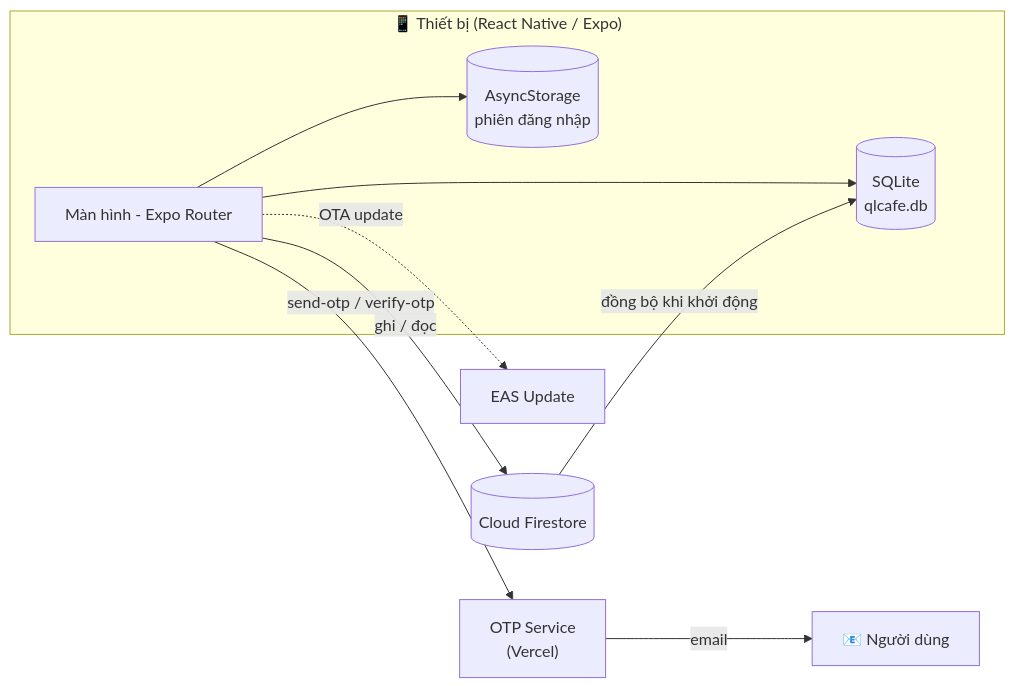
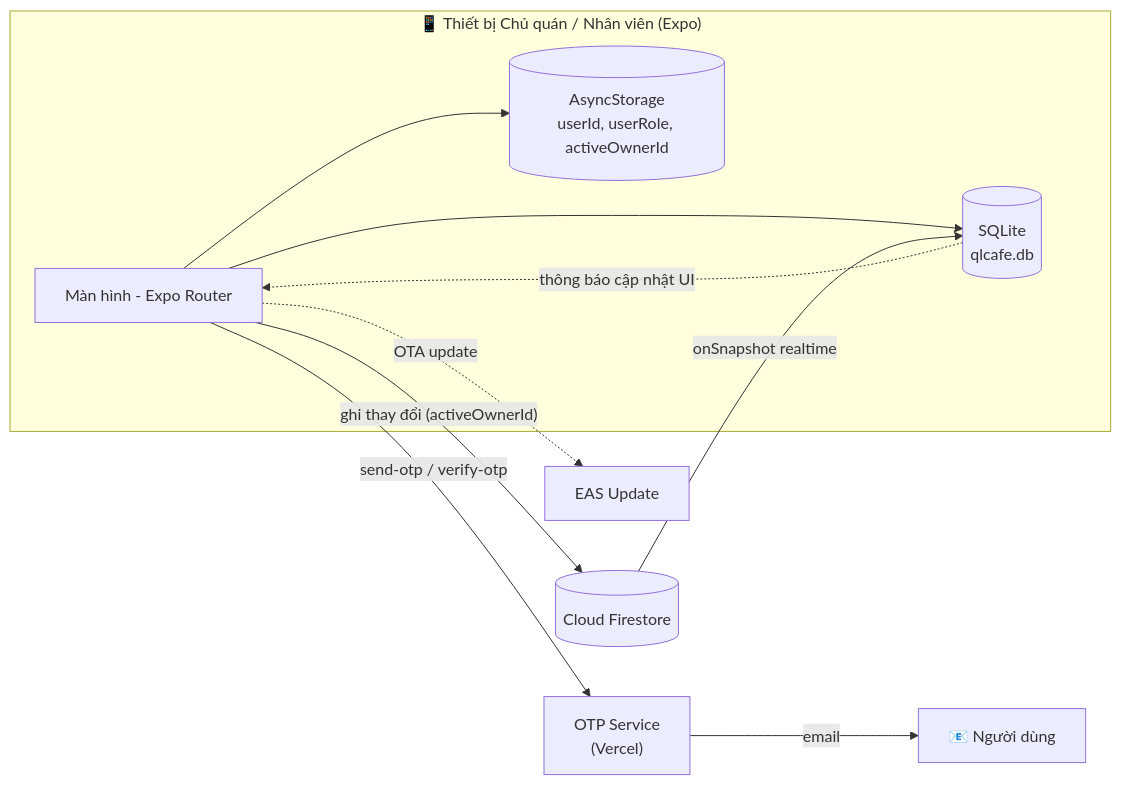
The first of 2 diagrams in README.md (quochuyph/CafeGo), drawn with Mermaid before and after one commit. The commit also changed other lines of this file and 21 other files, not shown here.

````diff
--- a/README.md
+++ b/README.md
@@ -100,13 +106,14 @@
 ```mermaid
 flowchart LR
-    subgraph Device["📱 Thiết bị (React Native / Expo)"]
+    subgraph Device["📱 Thiết bị Chủ quán / Nhân viên (Expo)"]
         UI["Màn hình - Expo Router"] --> SQLite[("SQLite<br/>qlcafe.db")]
-        UI --> AS[("AsyncStorage<br/>phiên đăng nhập")]
+        UI --> AS[("AsyncStorage<br/>userId, userRole, activeOwnerId")]
     end
 
-    UI -- "ghi / đọc" --> FS[("Cloud Firestore")]
-    FS -- "đồng bộ khi khởi động" --> SQLite
+    UI -- "ghi thay đổi (activeOwnerId)" --> FS[("Cloud Firestore")]
+    FS -- "onSnapshot realtime" --> SQLite
+    SQLite -. "thông báo cập nhật UI" .-> UI
     UI -- "send-otp / verify-otp" --> OTP["OTP Service<br/>(Vercel)"]
     OTP -- "email" --> Mail["📧 Người dùng"]
     UI -. "OTA update" .-> EAS["EAS Update"]
 ```
````
